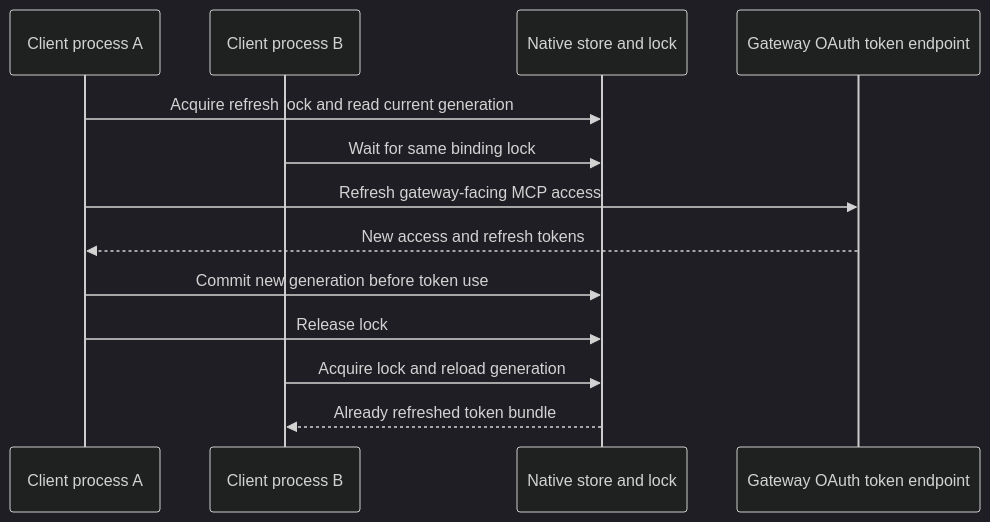
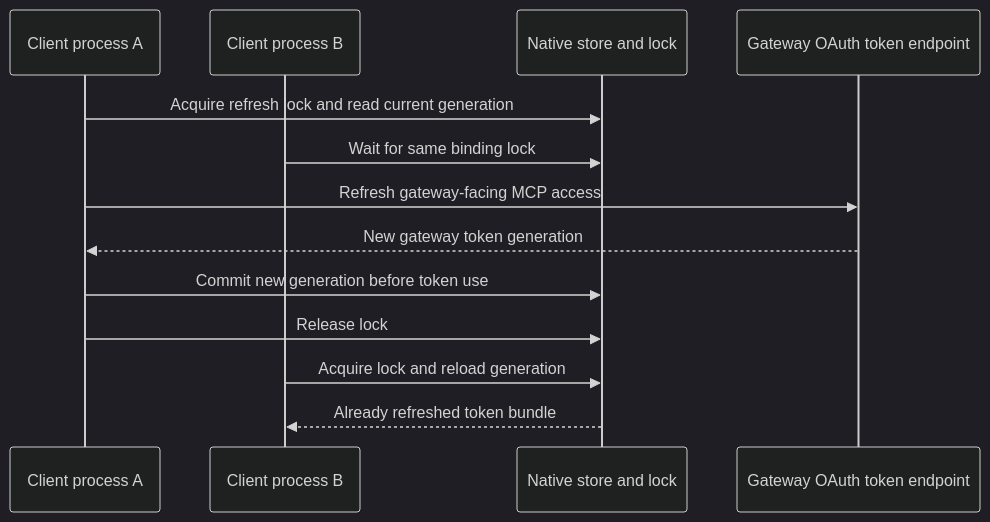
The first of 2 diagrams in docs/lifecycle.md (cdot65/prisma-airs-reference-architecture), drawn with Mermaid (dark theme) before and after one commit. The commit also changed other lines of this file and 16 other files, not shown here.

Commit message:
Explain deployed gateway architecture, native onboarding and identity boundaries

````diff
--- a/docs/lifecycle.md
+++ b/docs/lifecycle.md
@@ -15,17 +13,17 @@
 ```mermaid
 sequenceDiagram
     accTitle: Concurrent refresh coordination
     accDescr: One client process locks the credential, exchanges the refresh token, and stores the new generation. A second process waits and reloads the saved credential.
     participant first as Client process A
     participant second as Client process B
     participant store as Native store and lock
-    participant keycloak as Gateway OAuth token endpoint
+    participant gateway as Gateway OAuth token endpoint
     first->>store: Acquire refresh lock and read current generation
     second->>store: Wait for same binding lock
-    first->>keycloak: Refresh gateway-facing MCP access
-    keycloak-->>first: New access and refresh tokens
+    first->>gateway: Refresh gateway-facing MCP access
+    gateway-->>first: New gateway token generation
     first->>store: Commit new generation before token use
     first->>store: Release lock
     second->>store: Acquire lock and reload generation
     store-->>second: Already refreshed token bundle
 ```
````
